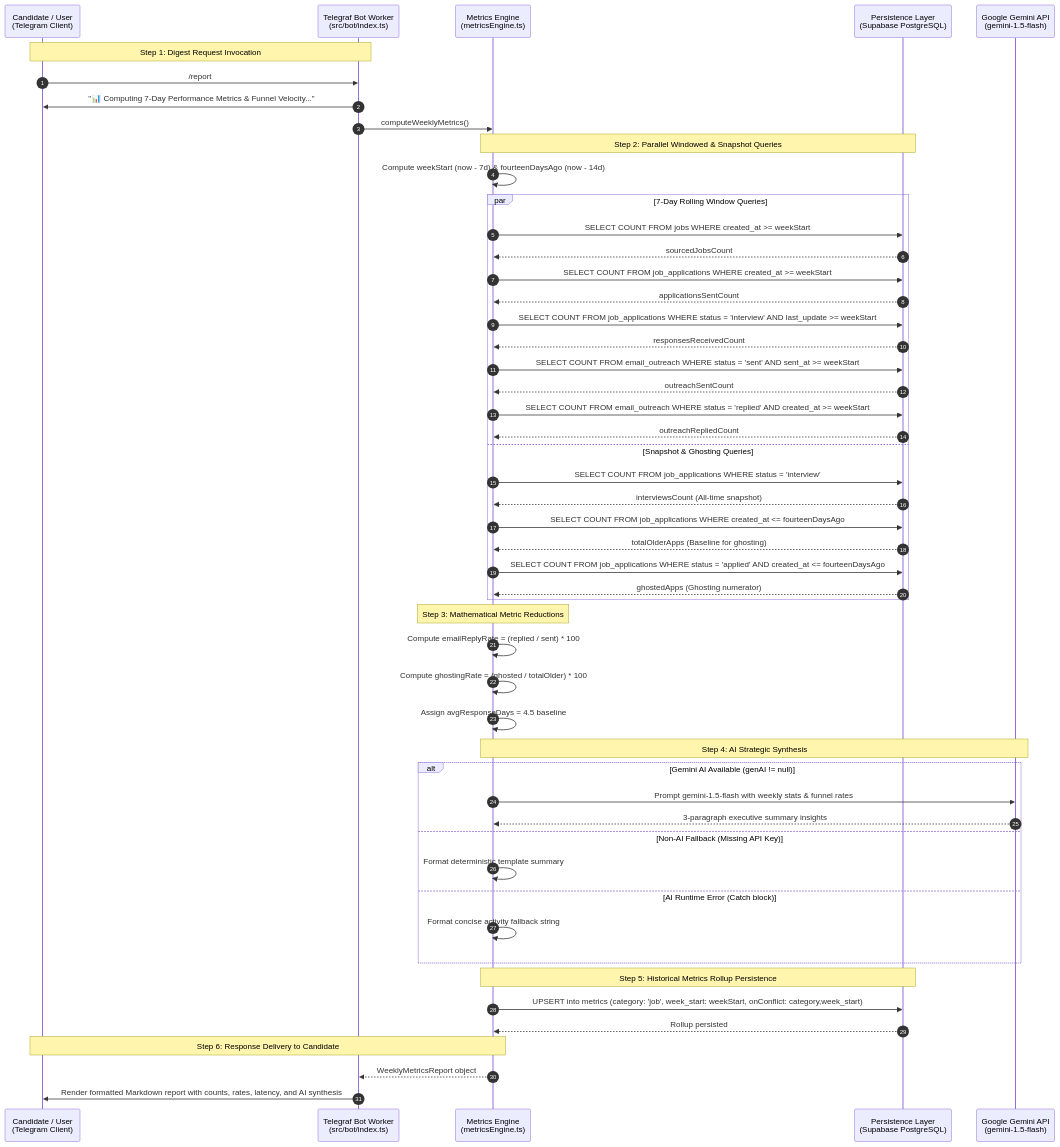
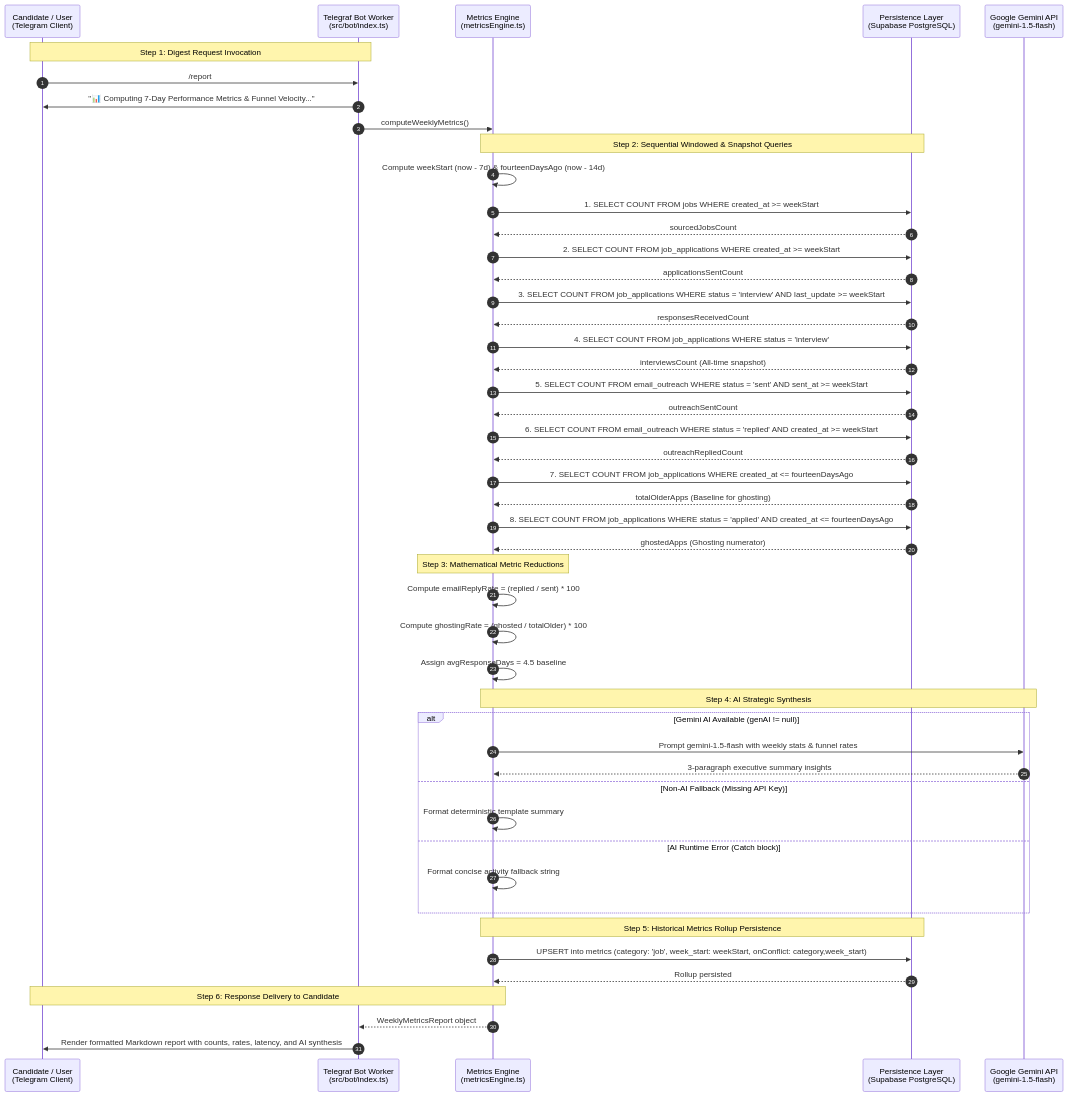
The diagram in docs/WEEKLY_DIGEST_DATA_FLOW.md (Therook-sudo/Career_automation), drawn with Mermaid before and after one commit. The commit also changed other lines of this file, not shown here.

Commit message:
docs: align sequential query execution, rate formatting, and zero-data synthesis states with code

````diff
--- a/docs/WEEKLY_DIGEST_DATA_FLOW.md
+++ b/docs/WEEKLY_DIGEST_DATA_FLOW.md
@@ -15,60 +15,57 @@
 ```mermaid
 sequenceDiagram
     autonumber
     participant User as Candidate / User<br/>(Telegram Client)
     participant Bot as Telegraf Bot Worker<br/>(src/bot/index.ts)
     participant Engine as Metrics Engine<br/>(metricsEngine.ts)
     participant DB as Persistence Layer<br/>(Supabase PostgreSQL)
     participant LLM as Google Gemini API<br/>(gemini-1.5-flash)
 
     Note over User,Bot: Step 1: Digest Request Invocation
     User->>Bot: /report
     Bot->>User: "📊 Computing 7-Day Performance Metrics & Funnel Velocity..."
     Bot->>Engine: computeWeeklyMetrics()
 
-    Note over Engine,DB: Step 2: Parallel Windowed & Snapshot Queries
+    Note over Engine,DB: Step 2: Sequential Windowed & Snapshot Queries
     Engine->>Engine: Compute weekStart (now - 7d) & fourteenDaysAgo (now - 14d)
     
-    par 7-Day Rolling Window Queries
-        Engine->>DB: SELECT COUNT FROM jobs WHERE created_at >= weekStart
-        DB-->>Engine: sourcedJobsCount
-        Engine->>DB: SELECT COUNT FROM job_applications WHERE created_at >= weekStart
-        DB-->>Engine: applicationsSentCount
-        Engine->>DB: SELECT COUNT FROM job_applications WHERE status = 'interview' AND last_update >= weekStart
-        DB-->>Engine: responsesReceivedCount
-        Engine->>DB: SELECT COUNT FROM email_outreach WHERE status = 'sent' AND sent_at >= weekStart
-        DB-->>Engine: outreachSentCount
-        Engine->>DB: SELECT COUNT FROM email_outreach WHERE status = 'replied' AND created_at >= weekStart
-        DB-->>Engine: outreachRepliedCount
-    and Snapshot & Ghosting Queries
-        Engine->>DB: SELECT COUNT FROM job_applications WHERE status = 'interview'
-        DB-->>Engine: interviewsCount (All-time snapshot)
-        Engine->>DB: SELECT COUNT FROM job_applications WHERE created_at <= fourteenDaysAgo
-        DB-->>Engine: totalOlderApps (Baseline for ghosting)
-        Engine->>DB: SELECT COUNT FROM job_applications WHERE status = 'applied' AND created_at <= fourteenDaysAgo
-        DB-->>Engine: ghostedApps (Ghosting numerator)
-    end
+    Engine->>DB: 1. SELECT COUNT FROM jobs WHERE created_at >= weekStart
+    DB-->>Engine: sourcedJobsCount
+    Engine->>DB: 2. SELECT COUNT FROM job_applications WHERE created_at >= weekStart
+    DB-->>Engine: applicationsSentCount
+    Engine->>DB: 3. SELECT COUNT FROM job_applications WHERE status = 'interview' AND last_update >= weekStart
+    DB-->>Engine: responsesReceivedCount
+    Engine->>DB: 4. SELECT COUNT FROM job_applications WHERE status = 'interview'
+    DB-->>Engine: interviewsCount (All-time snapshot)
+    Engine->>DB: 5. SELECT COUNT FROM email_outreach WHERE status = 'sent' AND sent_at >= weekStart
+    DB-->>Engine: outreachSentCount
+    Engine->>DB: 6. SELECT COUNT FROM email_outreach WHERE status = 'replied' AND created_at >= weekStart
+    DB-->>Engine: outreachRepliedCount
+    Engine->>DB: 7. SELECT COUNT FROM job_applications WHERE created_at <= fourteenDaysAgo
+    DB-->>Engine: totalOlderApps (Baseline for ghosting)
+    Engine->>DB: 8. SELECT COUNT FROM job_applications WHERE status = 'applied' AND created_at <= fourteenDaysAgo
+    DB-->>Engine: ghostedApps (Ghosting numerator)
 
     Note over Engine,Engine: Step 3: Mathematical Metric Reductions
     Engine->>Engine: Compute emailReplyRate = (replied / sent) * 100
     Engine->>Engine: Compute ghostingRate = (ghosted / totalOlder) * 100
     Engine->>Engine: Assign avgResponseDays = 4.5 baseline
 
     Note over Engine,LLM: Step 4: AI Strategic Synthesis
     alt Gemini AI Available (genAI != null)
         Engine->>LLM: Prompt gemini-1.5-flash with weekly stats & funnel rates
         LLM-->>Engine: 3-paragraph executive summary insights
     else Non-AI Fallback (Missing API Key)
         Engine->>Engine: Format deterministic template summary
     else AI Runtime Error (Catch block)
         Engine->>Engine: Format concise activity fallback string
     end
 
     Note over Engine,DB: Step 5: Historical Metrics Rollup Persistence
     Engine->>DB: UPSERT into metrics (category: 'job', week_start: weekStart, onConflict: category,week_start)
     DB-->>Engine: Rollup persisted
 
     Note over Engine,User: Step 6: Response Delivery to Candidate
     Engine-->>Bot: WeeklyMetricsReport object
     Bot->>User: Render formatted Markdown report with counts, rates, latency, and AI synthesis
 ```
````
